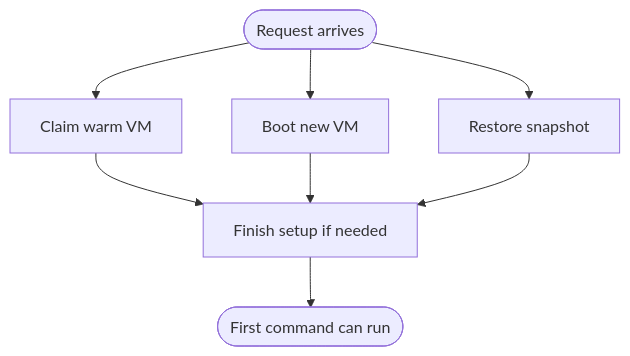
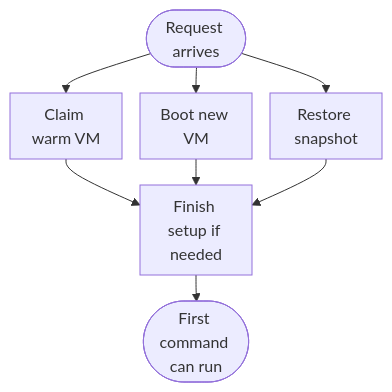
The diagram in docs/glossary/cold-start.md (narumiruna/sandbox-architectures-book), drawn with Mermaid before and after one commit. The commit also changed other lines of this file and 3 other files, not shown here.

Commit message:
docs: improve Mermaid diagram readability on narrow screens

````diff
--- a/docs/glossary/cold-start.md
+++ b/docs/glossary/cold-start.md
@@ -13,13 +13,22 @@
 ```mermaid
+---
+config:
+  flowchart:
+    rankSpacing: 26
+    nodeSpacing: 18
+    wrappingWidth: 76
+    minNodeWidth: 58
+    padding: 9
+---
 flowchart TB
     accTitle: Three paths to a usable virtual machine sandbox
     accDescr: A request can claim a prepared VM, boot a new VM, or restore a snapshot. Each path can require request-specific setup before the first command can run.
     Request(["Request arrives"])
     Request --> Claim["Claim warm VM"]
     Request --> Boot["Boot new VM"]
     Request --> Restore["Restore snapshot"]
     Claim --> Setup["Finish setup if needed"]
     Boot --> Setup
     Restore --> Setup
     Setup --> Ready(["First command can run"])
 ```
````
